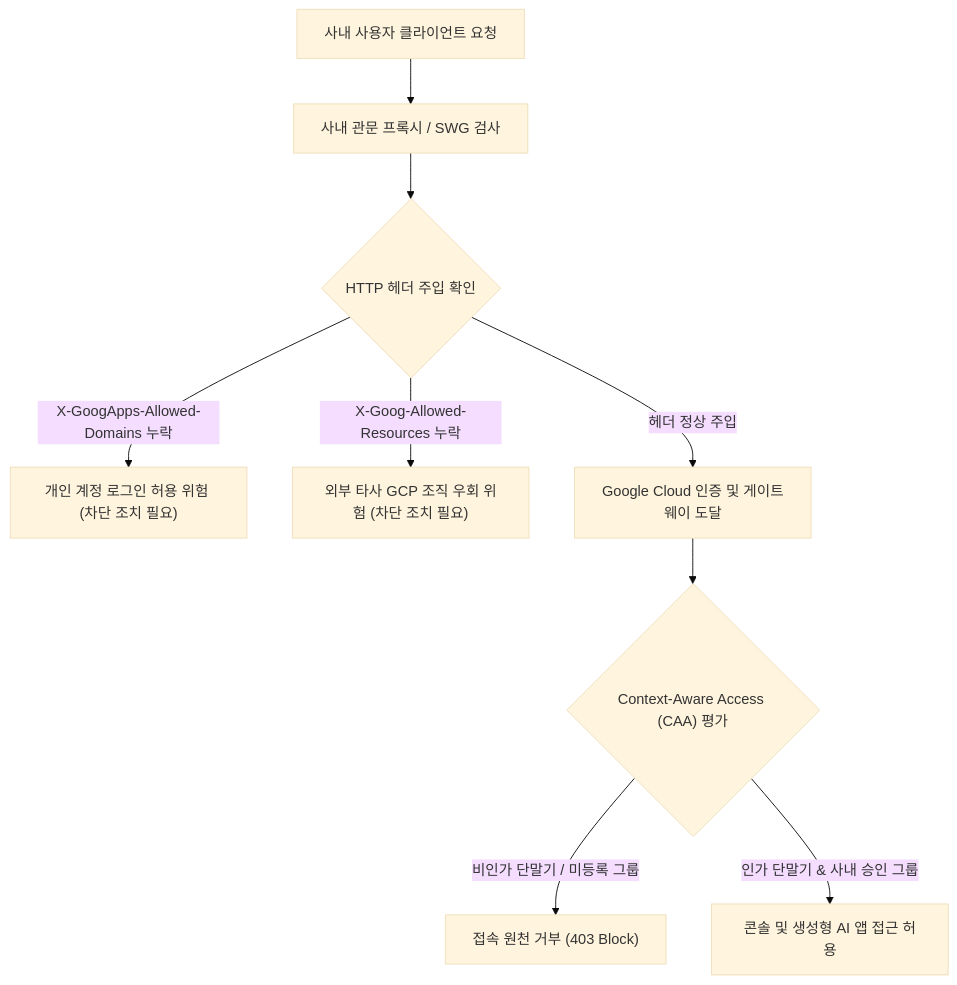
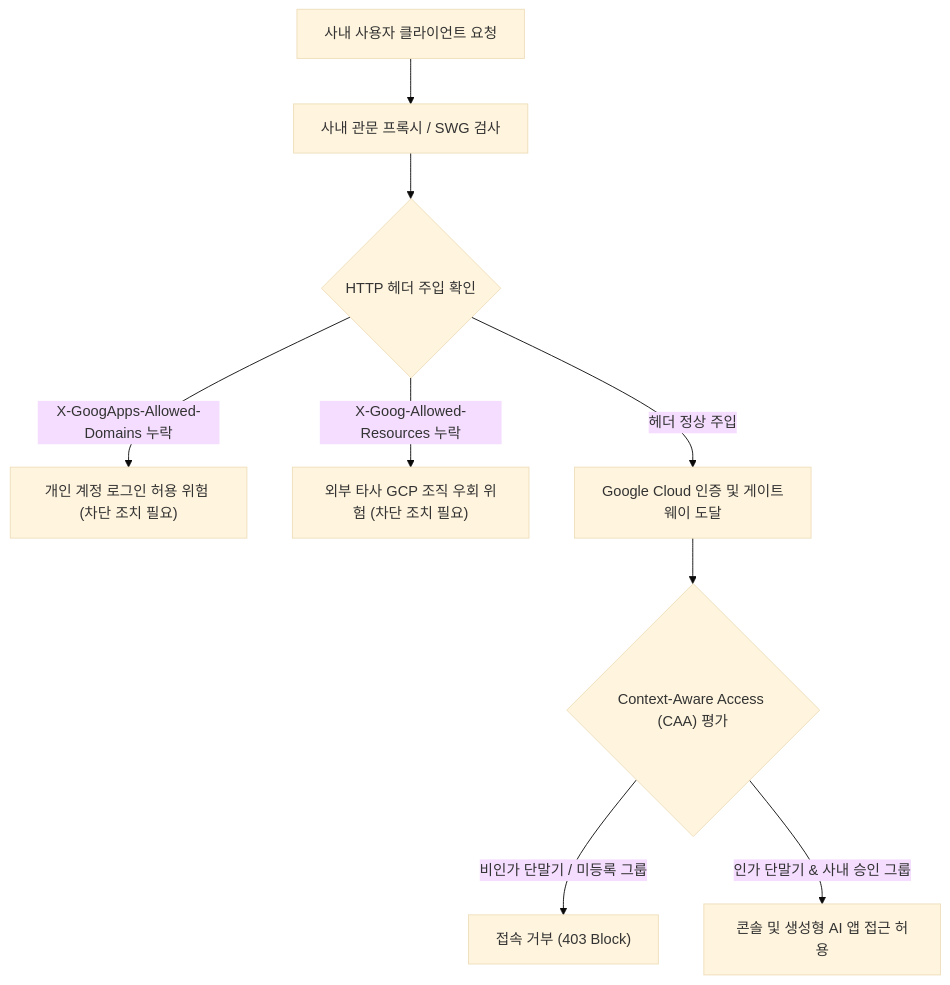
The diagram in samples/swg-tenant-access-guard/README.md (jiangjun-forge/google-cloud-0-to-1), drawn with Mermaid (base theme) before and after one commit. The commit also changed other lines of this file and 19 other files, not shown here.

````diff
--- a/samples/swg-tenant-access-guard/README.md
+++ b/samples/swg-tenant-access-guard/README.md
@@ -39,11 +39,11 @@
 ```mermaid
 flowchart TD
     A["사내 사용자 클라이언트 요청"] --> B["사내 관문 프록시 / SWG 검사"]
     B --> C{"HTTP 헤더 주입 확인"}
     C -- "X-GoogApps-Allowed-Domains 누락" --> D["개인 계정 로그인 허용 위험 (차단 조치 필요)"]
     C -- "X-Goog-Allowed-Resources 누락" --> E["외부 타사 GCP 조직 우회 위험 (차단 조치 필요)"]
     C -- "헤더 정상 주입" --> F["Google Cloud 인증 및 게이트웨이 도달"]
     F --> G{"Context-Aware Access (CAA) 평가"}
-    G -- "비인가 단말기 / 미등록 그룹" --> H["접속 원천 거부 (403 Block)"]
+    G -- "비인가 단말기 / 미등록 그룹" --> H["접속 거부 (403 Block)"]
     G -- "인가 단말기 & 사내 승인 그룹" --> I["콘솔 및 생성형 AI 앱 접근 허용"]
 ```
````
